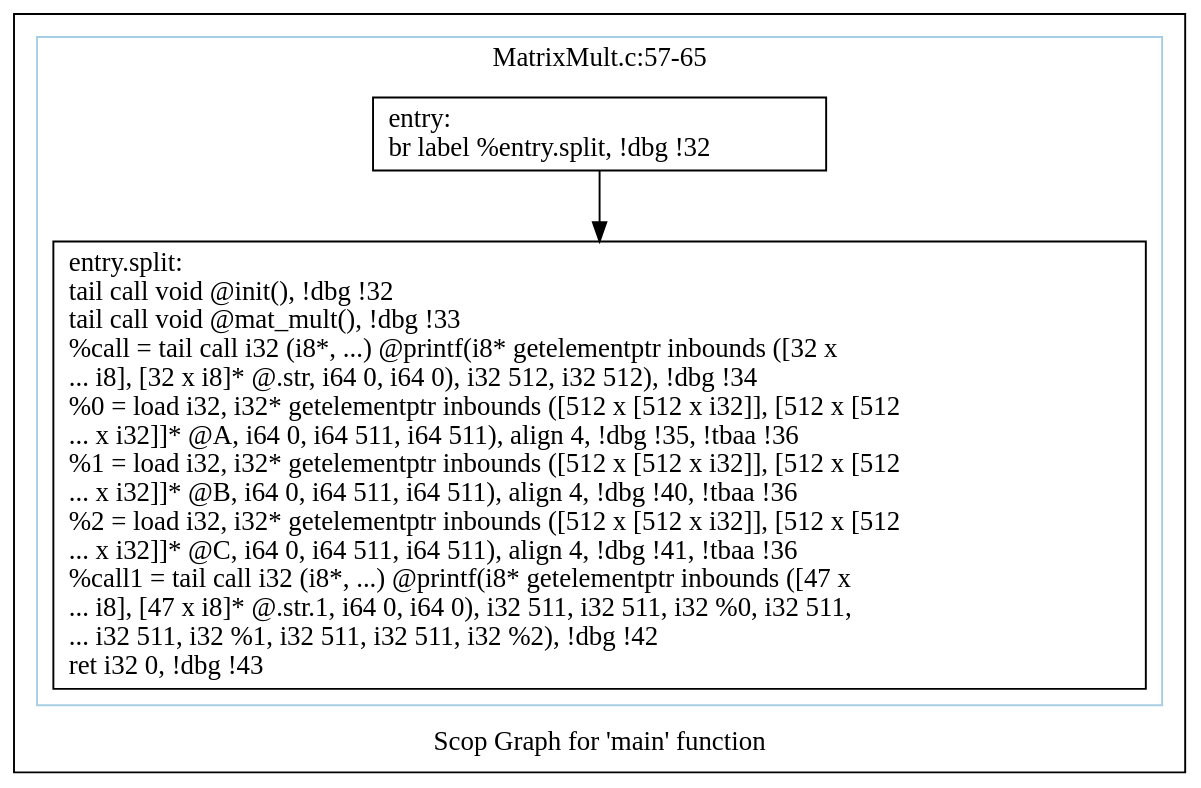
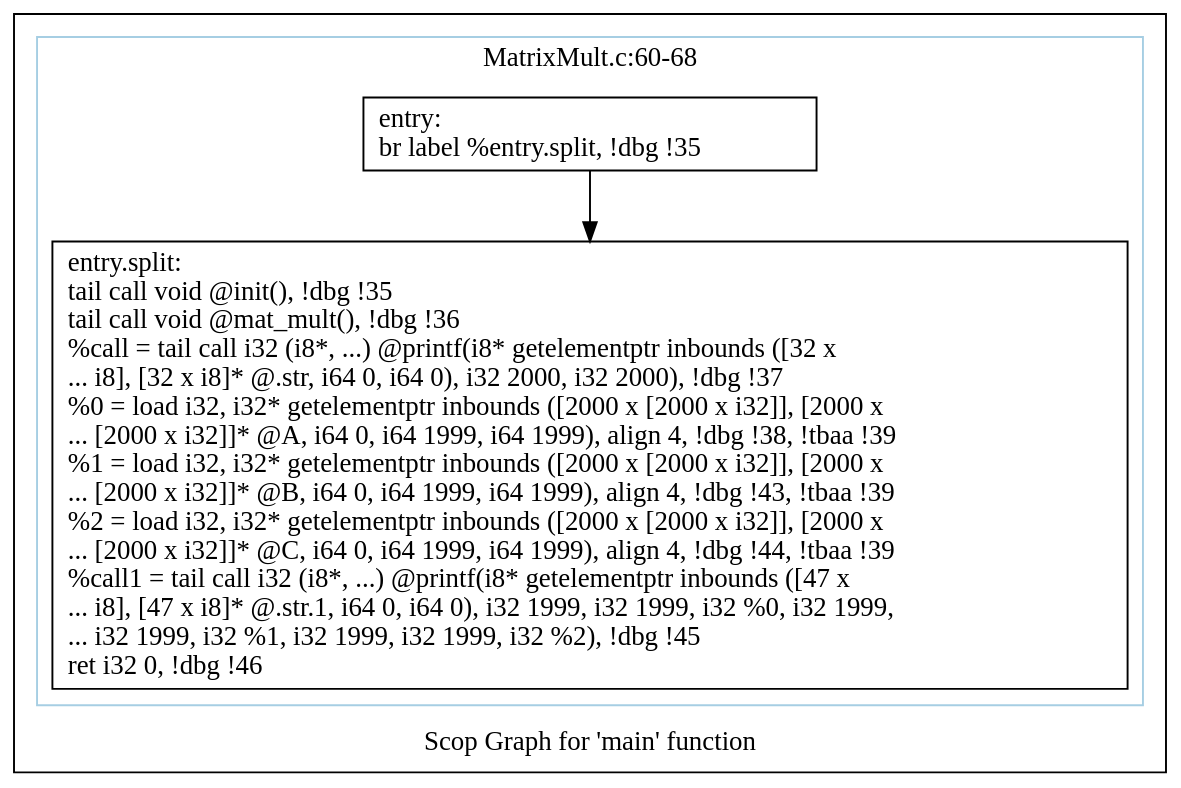
The diagram in polly/MatrixMult/impl/handwritten/dot/scops.main.dot (samminweng/WhileyOpenCL), drawn with Graphviz before and after one commit. The commit also changed 54 other files, not shown here.

First line of the commit message:
Adde parallelizable 'mat_mult' function to Handwritten MatrixMult 2 program

```diff
--- a/polly/MatrixMult/impl/handwritten/dot/scops.main.dot
+++ b/polly/MatrixMult/impl/handwritten/dot/scops.main.dot
@@ -1,16 +1,16 @@
 digraph "Scop Graph for 'main' function" {
 	label="Scop Graph for 'main' function";
 
-	Node0xa6fc9a0 [shape=record,label="{entry:\l  br label %entry.split, !dbg !32\l}"];
-	Node0xa6fc9a0 -> Node0xa71a7e0;
-	Node0xa71a7e0 [shape=record,label="{entry.split:                                      \l  tail call void @init(), !dbg !32\l  tail call void @mat_mult(), !dbg !33\l  %call = tail call i32 (i8*, ...) @printf(i8* getelementptr inbounds ([32 x\l... i8], [32 x i8]* @.str, i64 0, i64 0), i32 512, i32 512), !dbg !34\l  %0 = load i32, i32* getelementptr inbounds ([512 x [512 x i32]], [512 x [512\l... x i32]]* @A, i64 0, i64 511, i64 511), align 4, !dbg !35, !tbaa !36\l  %1 = load i32, i32* getelementptr inbounds ([512 x [512 x i32]], [512 x [512\l... x i32]]* @B, i64 0, i64 511, i64 511), align 4, !dbg !40, !tbaa !36\l  %2 = load i32, i32* getelementptr inbounds ([512 x [512 x i32]], [512 x [512\l... x i32]]* @C, i64 0, i64 511, i64 511), align 4, !dbg !41, !tbaa !36\l  %call1 = tail call i32 (i8*, ...) @printf(i8* getelementptr inbounds ([47 x\l... i8], [47 x i8]* @.str.1, i64 0, i64 0), i32 511, i32 511, i32 %0, i32 511,\l... i32 511, i32 %1, i32 511, i32 511, i32 %2), !dbg !42\l  ret i32 0, !dbg !43\l}"];
+	Node0x9a9ff40 [shape=record,label="{entry:\l  br label %entry.split, !dbg !35\l}"];
+	Node0x9a9ff40 -> Node0x9a2e130;
+	Node0x9a2e130 [shape=record,label="{entry.split:                                      \l  tail call void @init(), !dbg !35\l  tail call void @mat_mult(), !dbg !36\l  %call = tail call i32 (i8*, ...) @printf(i8* getelementptr inbounds ([32 x\l... i8], [32 x i8]* @.str, i64 0, i64 0), i32 2000, i32 2000), !dbg !37\l  %0 = load i32, i32* getelementptr inbounds ([2000 x [2000 x i32]], [2000 x\l... [2000 x i32]]* @A, i64 0, i64 1999, i64 1999), align 4, !dbg !38, !tbaa !39\l  %1 = load i32, i32* getelementptr inbounds ([2000 x [2000 x i32]], [2000 x\l... [2000 x i32]]* @B, i64 0, i64 1999, i64 1999), align 4, !dbg !43, !tbaa !39\l  %2 = load i32, i32* getelementptr inbounds ([2000 x [2000 x i32]], [2000 x\l... [2000 x i32]]* @C, i64 0, i64 1999, i64 1999), align 4, !dbg !44, !tbaa !39\l  %call1 = tail call i32 (i8*, ...) @printf(i8* getelementptr inbounds ([47 x\l... i8], [47 x i8]* @.str.1, i64 0, i64 0), i32 1999, i32 1999, i32 %0, i32 1999,\l... i32 1999, i32 %1, i32 1999, i32 1999, i32 %2), !dbg !45\l  ret i32 0, !dbg !46\l}"];
 	colorscheme = "paired12"
-        subgraph cluster_0xa75ef80 {
-          label = "MatrixMult.c:57-65
+        subgraph cluster_0x9a780c0 {
+          label = "MatrixMult.c:60-68
 ";
           style = solid;
           color = 1
-          Node0xa6fc9a0;
-          Node0xa71a7e0;
+          Node0x9a9ff40;
+          Node0x9a2e130;
         }
 }
```
